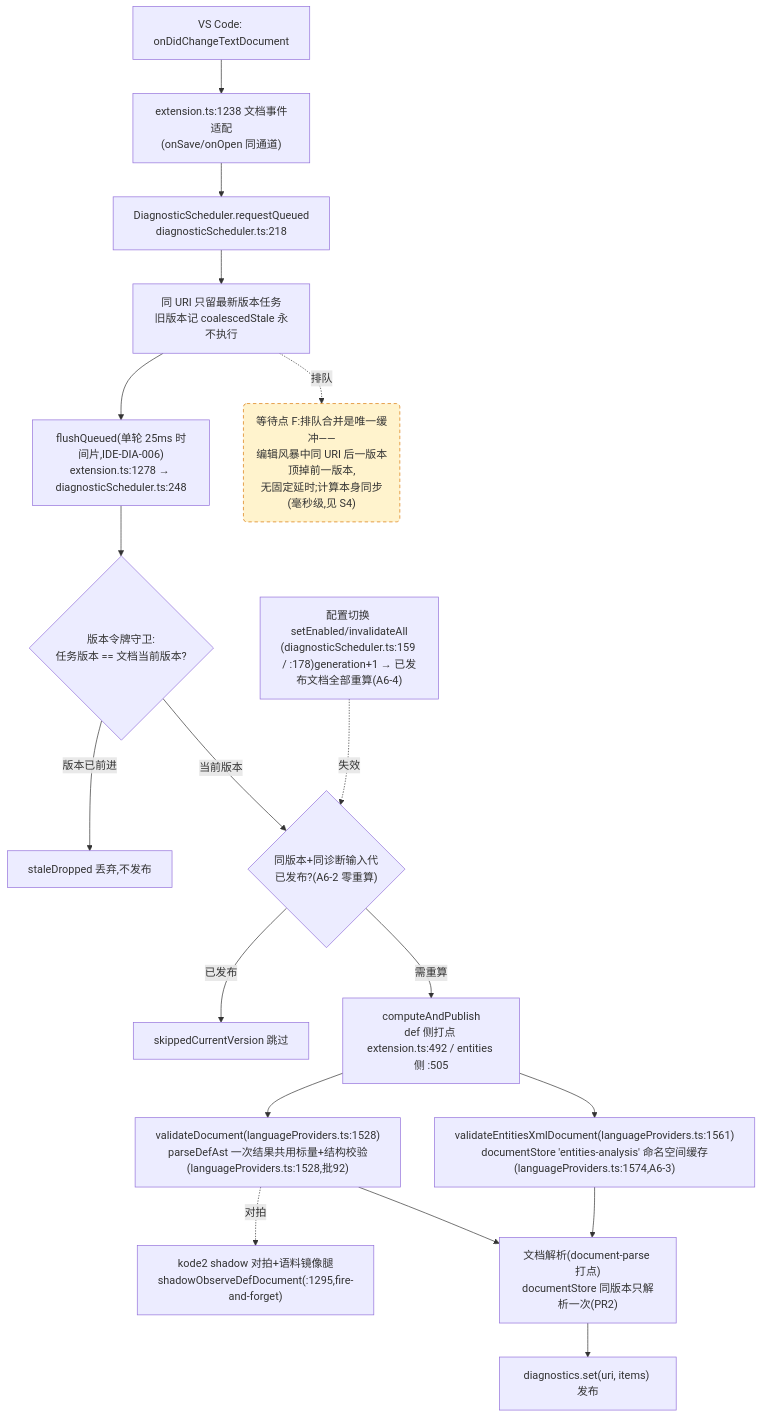
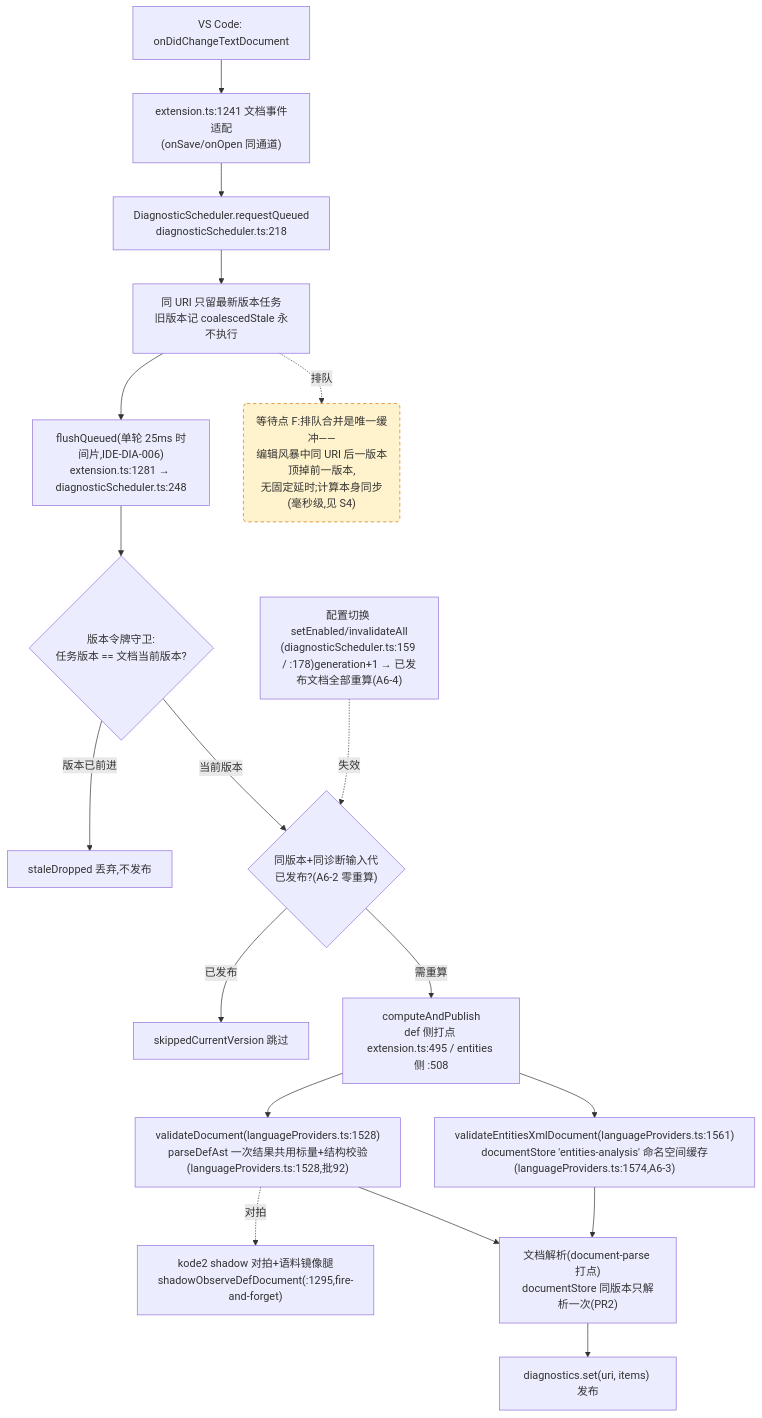
Before and after one commit to cuihairu/kode: the fourth of 4 diagrams in docs/perf/2026-baseline.md, drawn with Mermaid. The commit also changed other lines of this file and 5 other files, not shown here.

````diff
--- a/docs/perf/2026-baseline.md
+++ b/docs/perf/2026-baseline.md
@@ -214,38 +214,38 @@
 ```mermaid
 flowchart TD
   CHG["VS Code: onDidChangeTextDocument"]
-  WATCH["extension.ts:1238 文档事件适配<br/>(onSave/onOpen 同通道)"]
+  WATCH["extension.ts:1241 文档事件适配<br/>(onSave/onOpen 同通道)"]
   RQ["DiagnosticScheduler.requestQueued<br/>diagnosticScheduler.ts:218"]
   CO["同 URI 只留最新版本任务<br/>旧版本记 coalescedStale 永不执行"]
-  FL["flushQueued(单轮 25ms 时间片,IDE-DIA-006)<br/>extension.ts:1278 → diagnosticScheduler.ts:248"]
+  FL["flushQueued(单轮 25ms 时间片,IDE-DIA-006)<br/>extension.ts:1281 → diagnosticScheduler.ts:248"]
   VG{"版本令牌守卫:<br/>任务版本 == 文档当前版本?"}
   DROP["staleDropped 丢弃,不发布"]
   GEN{"同版本+同诊断输入代<br/>已发布?(A6-2 零重算)"}
   SKIP["skippedCurrentVersion 跳过"]
-  CALC["computeAndPublish<br/>def 侧打点 extension.ts:492 / entities 侧 :505"]
+  CALC["computeAndPublish<br/>def 侧打点 extension.ts:495 / entities 侧 :508"]
   VD["validateDocument(languageProviders.ts:1528)<br/>parseDefAst 一次结果共用标量+结构校验(languageProviders.ts:1528,批92)"]
   VEX["validateEntitiesXmlDocument(languageProviders.ts:1561)<br/>documentStore 'entities-analysis' 命名空间缓存(languageProviders.ts:1574,A6-3)"]
   SHDD["kode2 shadow 对拍+语料镜像腿<br/>shadowObserveDefDocument(:1295,fire-and-forget)"]
   DS["文档解析(document-parse 打点)<br/>documentStore 同版本只解析一次(PR2)"]
   PUB["diagnostics.set(uri, items) 发布"]
   CFG2["配置切换 setEnabled/invalidateAll<br/>(diagnosticScheduler.ts:159 / :178)generation+1 → 已发布文档全部重算(A6-4)"]
 
   CHG --> WATCH --> RQ --> CO --> FL --> VG
   VG -- "版本已前进" --> DROP
   VG -- "当前版本" --> GEN
   GEN -- "已发布" --> SKIP
   GEN -- "需重算" --> CALC
   CALC --> VD
   CALC --> VEX
   VD --> DS
   VEX --> DS
   DS --> PUB
   VD -.->|对拍| SHDD
   CFG2 -.->|失效| GEN
 
   WAITF("等待点 F:排队合并是唯一缓冲——<br/>编辑风暴中同 URI 后一版本顶掉前一版本,<br/>无固定延时;计算本身同步(毫秒级,见 S4)")
   CO -.->|排队| WAITF
 
   classDef waitPoint fill:#fff3cd,stroke:#d97706,stroke-dasharray:5 4;
   class WAITF waitPoint;
 ```
````
